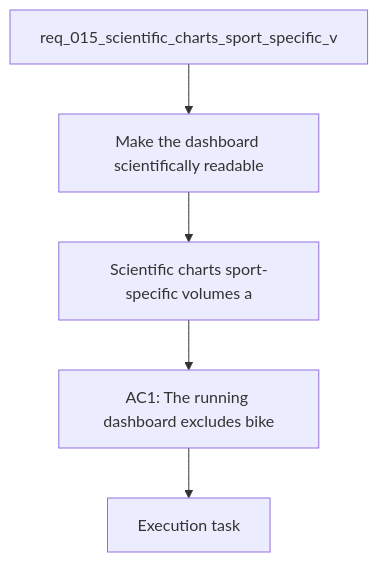
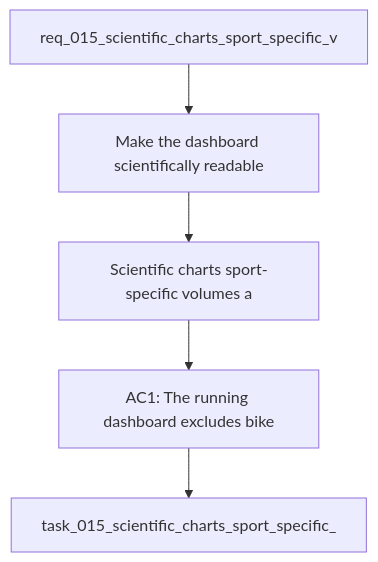
One commit to Jilanos/Coach_garmin changed the diagram in logics/backlog/item_015_scientific_charts_sport_specific_volumes_and_data_recalculation_controls.md. Above: the diagram before and after it, drawn with Mermaid. The commit also changed other lines of this file and 86 other files, not shown here.

Commit message:
Harden chart UX and UTF-8 handling

````diff
--- a/logics/backlog/item_015_scientific_charts_sport_specific_volumes_and_data_recalculation_controls.md
+++ b/logics/backlog/item_015_scientific_charts_sport_specific_volumes_and_data_recalculation_controls.md
@@ -25,9 +25,9 @@
 ```mermaid
 %% logics-kind: backlog
 %% logics-signature: backlog|scientific-charts-sport-specific-volumes|req-015-scientific-charts-sport-specific|make-the-dashboard-scientifically-readab|ac1-the-running-dashboard-excludes-bike
 flowchart TD
     Request[req_015_scientific_charts_sport_specific_v] --> Problem[Make the dashboard scientifically readable]
     Problem --> Scope[Scientific charts sport-specific volumes a]
     Scope --> Acceptance[AC1: The running dashboard excludes bike]
-    Acceptance --> Tasks[Execution task]
+    Acceptance --> Tasks[task_015_scientific_charts_sport_specific_]
 ```
````
